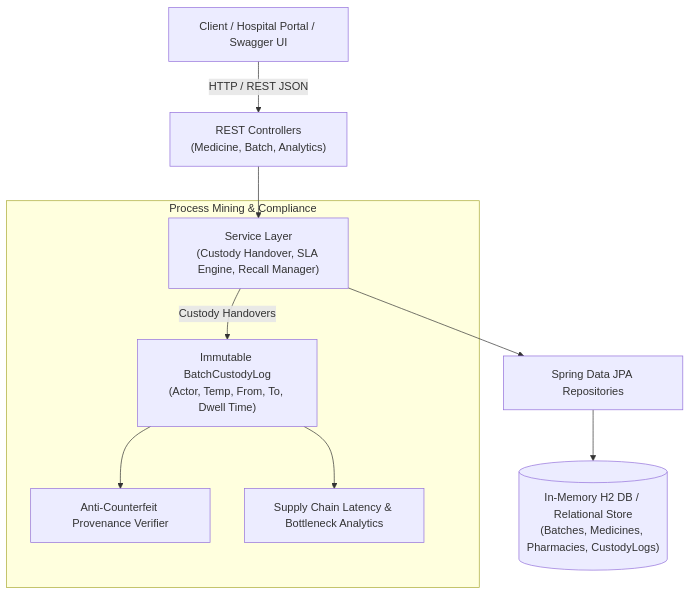
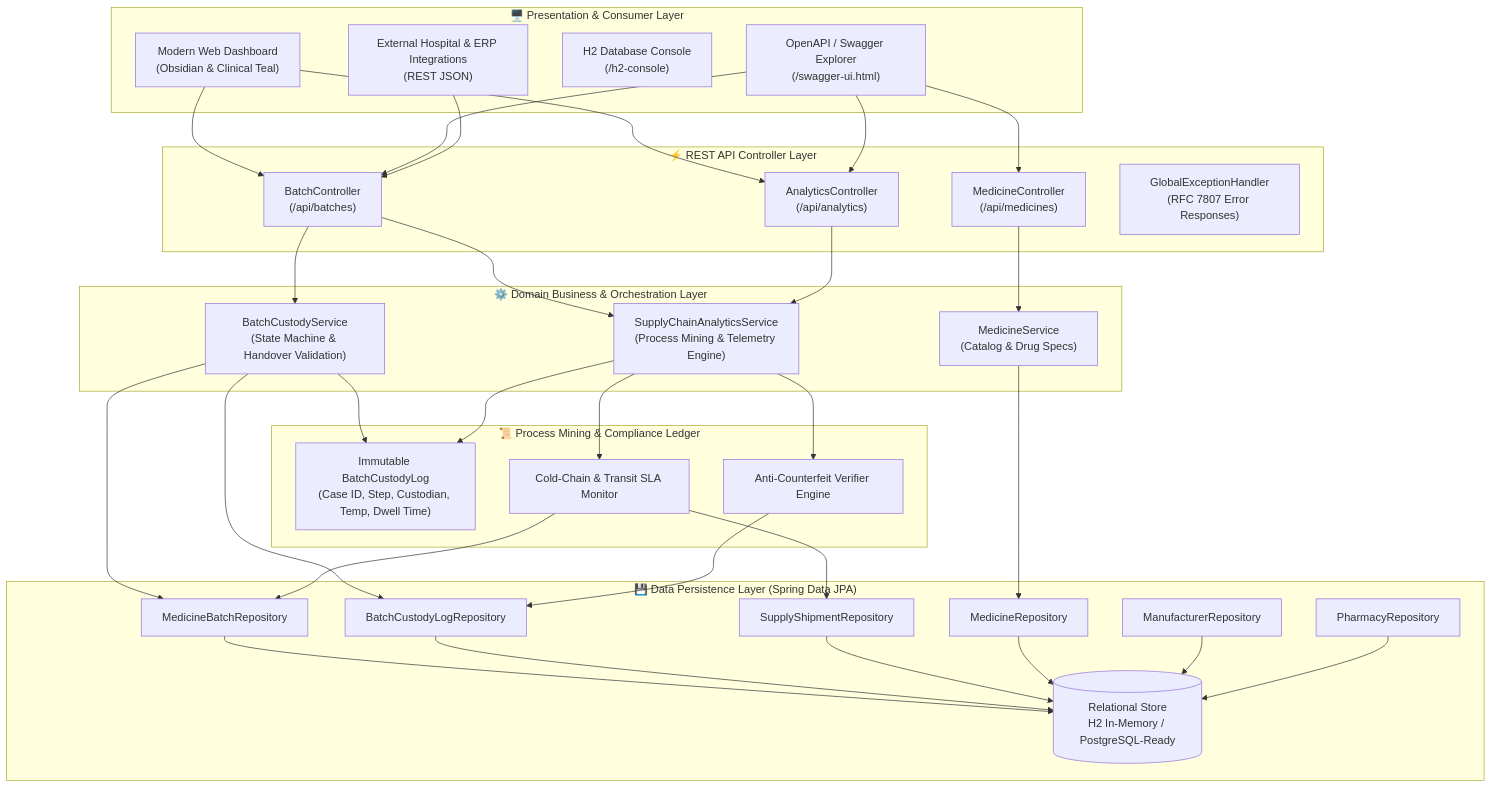
Before and after one commit to aanshiomar31-oss/medimate: the second of 7 diagrams in README.md, drawn with Mermaid. The commit also changed other lines of this file, not shown here.

Commit message:
Add comprehensive architectural documentation, Mermaid flowcharts, and Celonis process mining alignment to README

````diff
--- a/README.md
+++ b/README.md
@@ -28,13 +64,69 @@
 ```mermaid
-graph TD
-    Client["Client / Hospital Portal / Swagger UI"] -->|HTTP / REST JSON| Controller["REST Controllers\n(Medicine, Batch, Analytics)"]
-    Controller --> Service["Service Layer\n(Custody Handover, SLA Engine, Recall Manager)"]
-    Service --> Repo["Spring Data JPA Repositories"]
-    Repo --> DB[("In-Memory H2 DB / Relational Store\n(Batches, Medicines, Pharmacies, CustodyLogs)")]
+graph TB
+    subgraph ClientLayer["🖥️ Presentation & Consumer Layer"]
+        UI["Modern Web Dashboard\n(Obsidian & Clinical Teal)"]
+        Swagger["OpenAPI / Swagger Explorer\n(/swagger-ui.html)"]
+        H2UI["H2 Database Console\n(/h2-console)"]
+        RestClients["External Hospital & ERP Integrations\n(REST JSON)"]
+    end
 
-    subgraph Process Mining & Compliance
-        Service -->|Custody Handovers| CustodyLog["Immutable BatchCustodyLog\n(Actor, Temp, From, To, Dwell Time)"]
-        CustodyLog --> ProvenanceEngine["Anti-Counterfeit Provenance Verifier"]
-        CustodyLog --> LatencyEngine["Supply Chain Latency & Bottleneck Analytics"]
+    subgraph ControllerLayer["⚡ REST API Controller Layer"]
+        BatchCtrl["BatchController\n(/api/batches)"]
+        AnalyticsCtrl["AnalyticsController\n(/api/analytics)"]
+        MedicineCtrl["MedicineController\n(/api/medicines)"]
+        ExHandler["GlobalExceptionHandler\n(RFC 7807 Error Responses)"]
     end
+
+    subgraph ServiceLayer["⚙️ Domain Business & Orchestration Layer"]
+        CustodySvc["BatchCustodyService\n(State Machine & Handover Validation)"]
+        AnalyticsSvc["SupplyChainAnalyticsService\n(Process Mining & Telemetry Engine)"]
+        MedicineSvc["MedicineService\n(Catalog & Drug Specs)"]
+    end
+
+    subgraph EventAuditLayer["📜 Process Mining & Compliance Ledger"]
+        EventLog["Immutable BatchCustodyLog\n(Case ID, Step, Custodian, Temp, Dwell Time)"]
+        SLAEngine["Cold-Chain & Transit SLA Monitor"]
+        ProvenanceEngine["Anti-Counterfeit Verifier Engine"]
+    end
+
+    subgraph PersistenceLayer["💾 Data Persistence Layer (Spring Data JPA)"]
+        BatchRepo["MedicineBatchRepository"]
+        CustodyRepo["BatchCustodyLogRepository"]
+        ShipmentRepo["SupplyShipmentRepository"]
+        MedRepo["MedicineRepository"]
+        MfgRepo["ManufacturerRepository"]
+        PharmRepo["PharmacyRepository"]
+        DB[("Relational Store\nH2 In-Memory / PostgreSQL-Ready")]
+    end
+
+    UI --> BatchCtrl
+    UI --> AnalyticsCtrl
+    Swagger --> BatchCtrl
+    Swagger --> AnalyticsCtrl
+    Swagger --> MedicineCtrl
+    RestClients --> BatchCtrl
+
+    BatchCtrl --> CustodySvc
+    BatchCtrl --> AnalyticsSvc
+    AnalyticsCtrl --> AnalyticsSvc
+    MedicineCtrl --> MedicineSvc
+
+    CustodySvc --> EventLog
+    CustodySvc --> BatchRepo
+    CustodySvc --> CustodyRepo
+    AnalyticsSvc --> EventLog
+    AnalyticsSvc --> SLAEngine
+    AnalyticsSvc --> ProvenanceEngine
+
+    SLAEngine --> ShipmentRepo
+    SLAEngine --> BatchRepo
+    ProvenanceEngine --> CustodyRepo
+    MedicineSvc --> MedRepo
+
+    BatchRepo --> DB
+    CustodyRepo --> DB
+    ShipmentRepo --> DB
+    MedRepo --> DB
+    MfgRepo --> DB
+    PharmRepo --> DB
 ```
````
